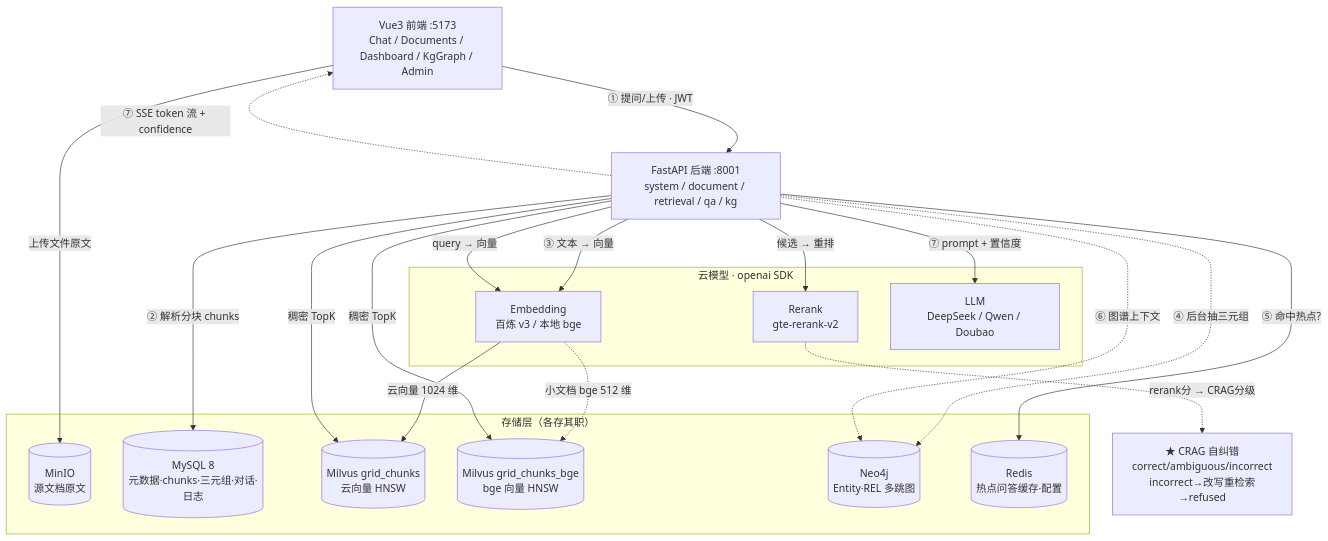
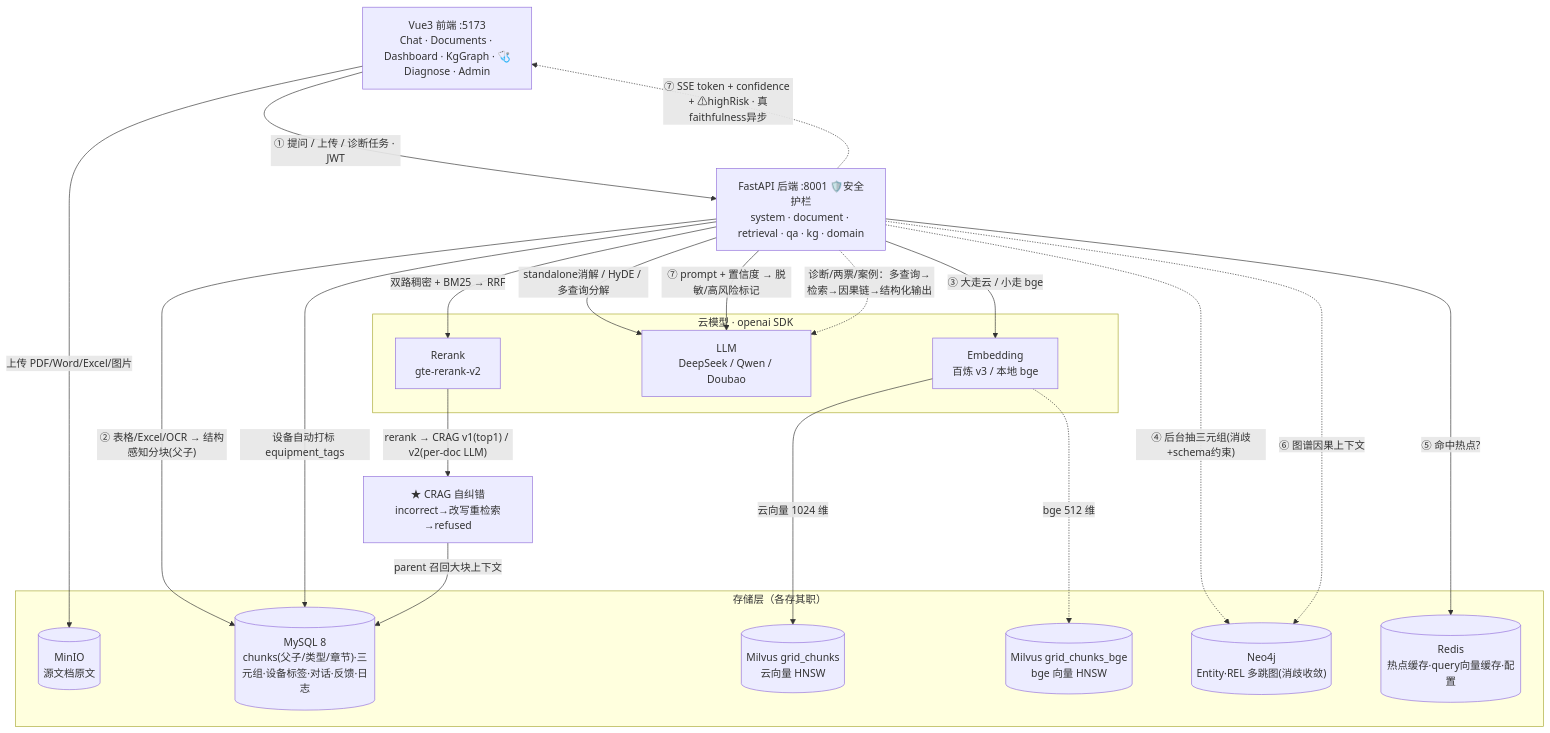
Before and after one commit to zhyese/grid-qa: the first of 5 diagrams in README.md, drawn with Mermaid. The commit also changed other lines of this file and 44 other files, not shown here.

````diff
--- a/README.md
+++ b/README.md
@@ -46,40 +46,43 @@
 ```mermaid
 graph TB
-    FE["Vue3 前端 :5173<br/>Chat / Documents / Dashboard / KgGraph / Admin"]
-    BE["FastAPI 后端 :8001<br/>system / document / retrieval / qa / kg"]
+    FE["Vue3 前端 :5173<br/>Chat · Documents · Dashboard · KgGraph · 🩺Diagnose · Admin"]
+    BE["FastAPI 后端 :8001 🛡️安全护栏<br/>system · document · retrieval · qa · kg · domain"]
 
-    FE -->|"① 提问/上传 · JWT"| BE
-    BE -.->|"⑦ SSE token 流 + confidence"| FE
+    FE -->|"① 提问 / 上传 / 诊断任务 · JWT"| BE
+    BE -.->|"⑦ SSE token + confidence + ⚠highRisk · 真faithfulness异步"| FE
 
-    %% ===== 文档写入流：原文 → 分块 → 向量 + 图谱 =====
-    FE -->|"上传文件原文"| MinIO
-    BE -->|"② 解析分块 chunks"| MySQL
-    BE -->|"③ 文本 → 向量"| EMB
+    %% ===== 写入流：原文 → 结构感知分块(表格/父子) → 向量 + 图谱(消歧) =====
+    FE -->|"上传 PDF/Word/Excel/图片"| MinIO
+    BE -->|"② 表格/Excel/OCR → 结构感知分块(父子)"| MySQL
+    BE -->|"设备自动打标 equipment_tags"| MySQL
+    BE -->|"③ 大走云 / 小走 bge"| EMB
     EMB -->|"云向量 1024 维"| MilvusC
-    EMB -.->|"小文档 bge 512 维"| MilvusB
-    BE -.->|"④ 后台抽三元组"| Neo4j
+    EMB -.->|"bge 512 维"| MilvusB
+    BE -.->|"④ 后台抽三元组(消歧+schema约束)"| Neo4j
 
-    %% ===== 问答读取流：缓存 → 检索 → CRAG自纠错 → 图谱 → 重排 → 生成 =====
+    %% ===== 读取流：缓存 → 多策略检索 → CRAG → 父子召回 → 图谱 → 生成 =====
     BE -->|"⑤ 命中热点?"| Redis
-    BE -->|"query → 向量"| EMB
-    BE -->|"稠密 TopK"| MilvusC
-    BE -->|"稠密 TopK"| MilvusB
-    BE -->|"候选 → 重排"| RR
-    RR -.->|"rerank分 → CRAG分级"| CRAG["★ CRAG 自纠错<br/>correct/ambiguous/incorrect<br/>incorrect→改写重检索→refused"]
-    BE -.->|"⑥ 图谱上下文"| Neo4j
-    BE -->|"⑦ prompt + 置信度"| LLM
+    BE -->|"standalone消解 / HyDE / 多查询分解"| LLM
+    BE -->|"双路稠密 + BM25 → RRF"| RR
+    RR -->|"rerank → CRAG v1(top1) / v2(per-doc LLM)"| CRAG["★ CRAG 自纠错<br/>incorrect→改写重检索→refused"]
+    CRAG -->|"parent 召回大块上下文"| MySQL
+    BE -.->|"⑥ 图谱因果上下文"| Neo4j
+    BE -->|"⑦ prompt + 置信度 → 脱敏/高风险标记"| LLM
+
+    %% ===== 领域增强（/domain）复用检索 + 图谱 =====
+    BE -.->|"诊断/两票/案例：多查询→检索→因果链→结构化输出"| LLM
 
     subgraph STORE["存储层（各存其职）"]
-        MySQL[("MySQL 8<br/>元数据·chunks·三元组·对话·日志")]
+        MySQL[("MySQL 8<br/>chunks(父子/类型/章节)·三元组·设备标签·对话·反馈·日志")]
         MinIO[("MinIO<br/>源文档原文")]
         MilvusC[("Milvus grid_chunks<br/>云向量 HNSW")]
         MilvusB[("Milvus grid_chunks_bge<br/>bge 向量 HNSW")]
-        Redis[("Redis<br/>热点问答缓存·配置")]
-        Neo4j[("Neo4j<br/>Entity·REL 多跳图")]
+        Redis[("Redis<br/>热点缓存·query向量缓存·配置")]
+        Neo4j[("Neo4j<br/>Entity·REL 多跳图(消歧收敛)")]
     end
     subgraph CLOUD["云模型 · openai SDK"]
         LLM["LLM<br/>DeepSeek / Qwen / Doubao"]
         EMB["Embedding<br/>百炼 v3 / 本地 bge"]
         RR["Rerank<br/>gte-rerank-v2"]
     end
 ```
````
